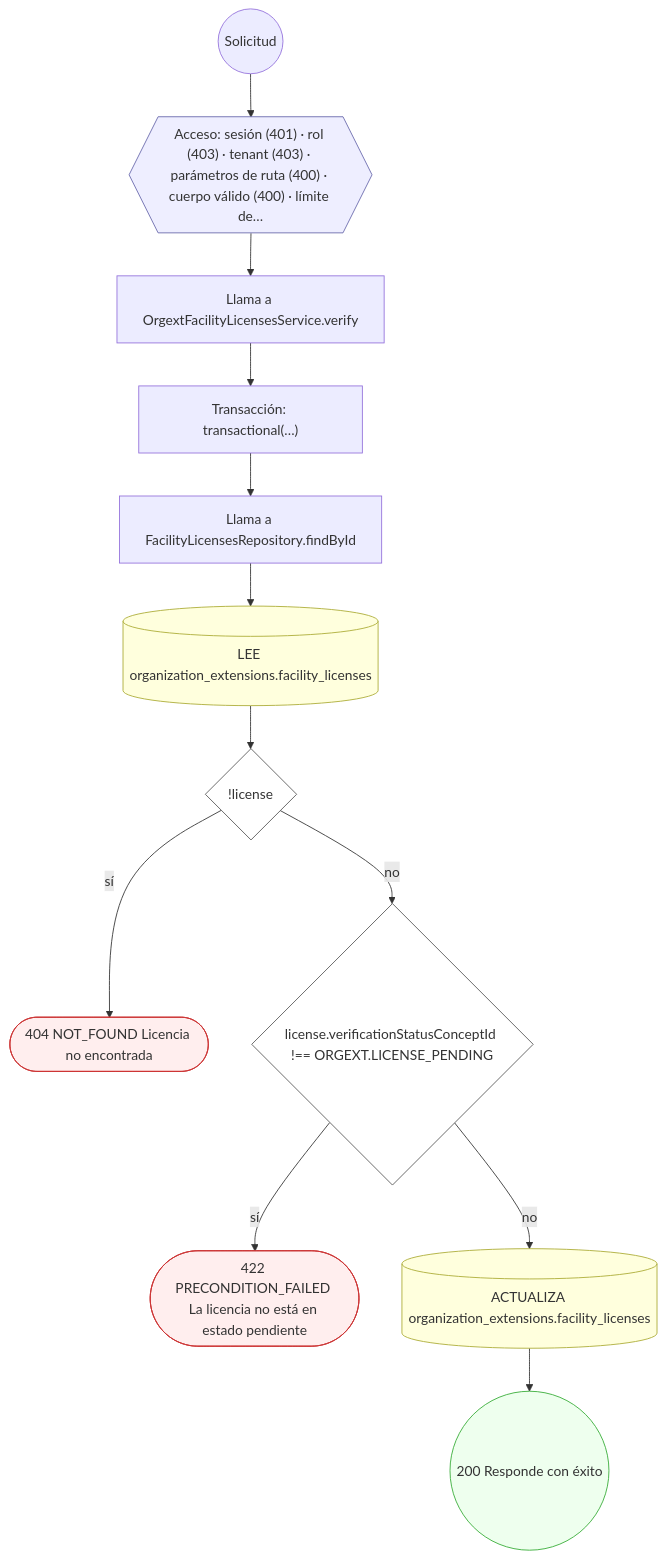
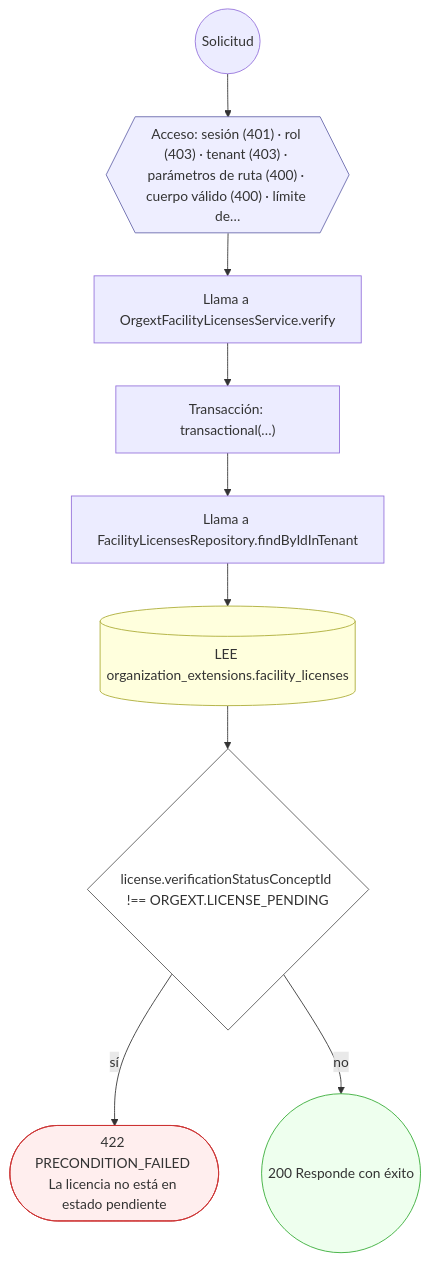
Before and after one commit to mdavila-2001/mantra-core-health-api: the sixth of 10 diagrams in docs/inventario/flujos/organization_extensions.md, drawn with Mermaid. The commit also changed other lines of this file and 438 other files, not shown here.

````diff
--- a/docs/inventario/flujos/organization_extensions.md
+++ b/docs/inventario/flujos/organization_extensions.md
@@ -320,32 +389,26 @@
 ```mermaid
 flowchart TD
   n1(("Solicitud")):::inicio
   n2{{"Acceso: sesión (401) · rol (403) · tenant (403) · parámetros de ruta (400) · cuerpo válido (400) · límite de…"}}:::acceso
   n1 --> n2
   n3["Llama a OrgextFacilityLicensesService.verify"]:::llamada
   n2 --> n3
   n4["Transacción: transactional(…)"]:::transaccion
   n3 --> n4
-  n5["Llama a FacilityLicensesRepository.findById"]:::llamada
+  n5["Llama a FacilityLicensesRepository.findByIdInTenant"]:::llamada
   n4 --> n5
   n6[("LEE organization_extensions.facility_licenses")]:::efecto
   n5 --> n6
-  n7{"!license"}:::decision
+  n7{"license.verificationStatusConceptId !== ORGEXT.LICENSE_PENDING"}:::decision
   n6 --> n7
-  n8(["404 NOT_FOUND Licencia no encontrada"]):::error
+  n8(["422 PRECONDITION_FAILED La licencia no está en estado pendiente"]):::error
   n7 -->|"sí"| n8
-  n9{"license.verificationStatusConceptId !== ORGEXT.LICENSE_PENDING"}:::decision
+  n9(("200 Responde con éxito")):::ok
   n7 -->|"no"| n9
-  n10(["422 PRECONDITION_FAILED La licencia no está en estado pendiente"]):::error
-  n9 -->|"sí"| n10
-  n11[("ACTUALIZA organization_extensions.facility_licenses")]:::efecto
-  n9 -->|"no"| n11
-  n12(("200 Responde con éxito")):::ok
-  n11 --> n12
   classDef acceso fill:#eef,stroke:#66a
   classDef error fill:#fee,stroke:#c33
   classDef ok fill:#efe,stroke:#3a3
   classDef efecto fill:#ffd,stroke:#aa3
   classDef decision fill:#fff,stroke:#555
   classDef corte fill:#eee,stroke:#999,stroke-dasharray: 4
 ```
````
